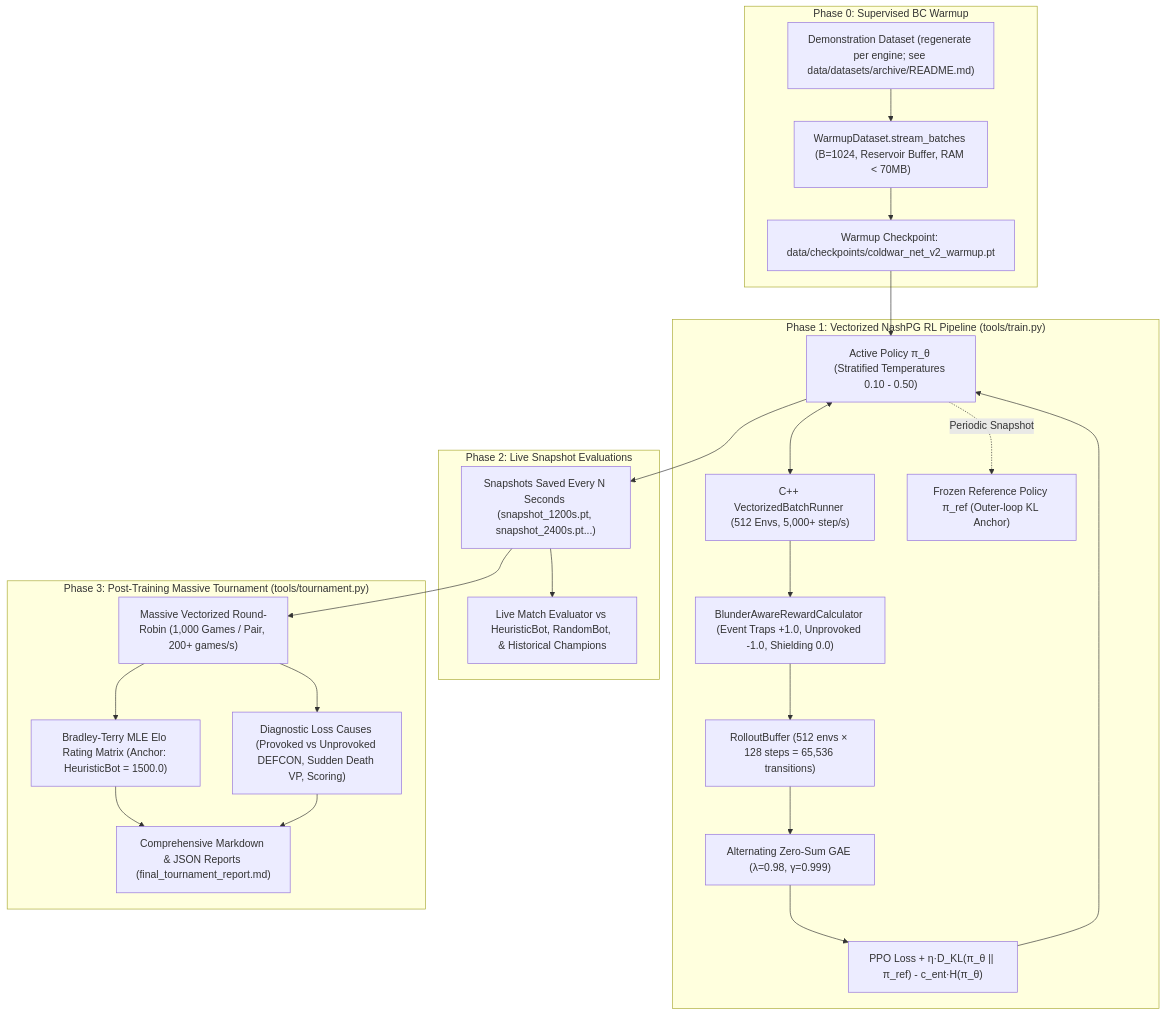
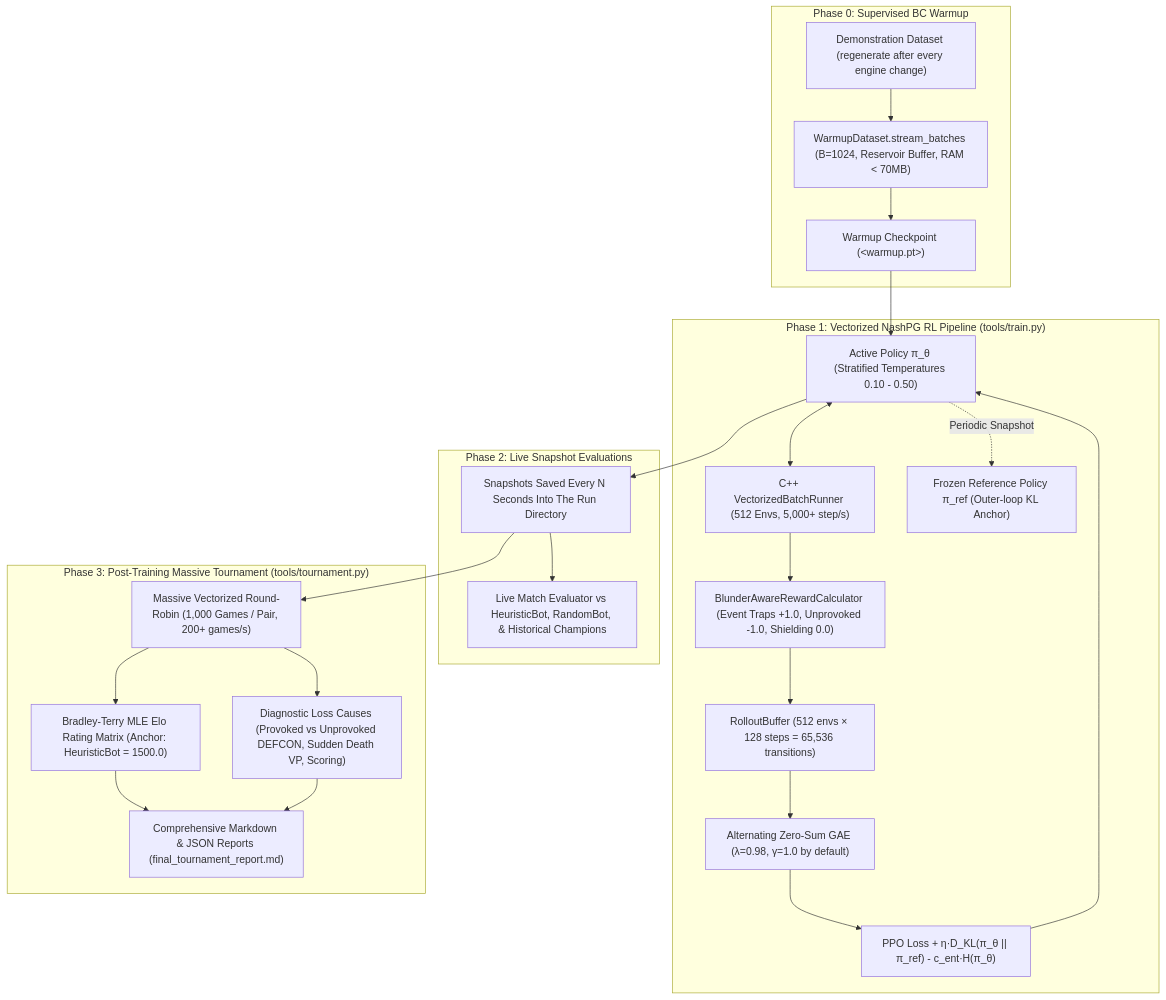
Before and after one commit to mihaild/DeepStruggle: the second of 2 diagrams in AGENTS.md, drawn with Mermaid. The commit also changed other lines of this file and 51 other files, not shown here.

````diff
--- a/AGENTS.md
+++ b/AGENTS.md
@@ -263,41 +262,41 @@
 ```mermaid
 graph TD
     subgraph Phase0 ["Phase 0: Supervised BC Warmup"]
-        Demonstrations["Demonstration Dataset (regenerate per engine; see data/datasets/archive/README.md)"]
+        Demonstrations["Demonstration Dataset (regenerate after every engine change)"]
         Streamer["WarmupDataset.stream_batches (B=1024, Reservoir Buffer, RAM < 70MB)"]
-        WarmupModel["Warmup Checkpoint: data/checkpoints/coldwar_net_v2_warmup.pt"]
+        WarmupModel["Warmup Checkpoint (&lt;warmup.pt&gt;)"]
         Demonstrations --> Streamer --> WarmupModel
     end
 
     subgraph Phase1 ["Phase 1: Vectorized NashPG RL Pipeline (tools/train.py)"]
         VecEnv["C++ VectorizedBatchRunner (512 Envs, 5,000+ step/s)"]
         ActiveNet["Active Policy π_θ (Stratified Temperatures 0.10 - 0.50)"]
         RefNet["Frozen Reference Policy π_ref (Outer-loop KL Anchor)"]
         Rollout["RolloutBuffer (512 envs × 128 steps = 65,536 transitions)"]
         BlunderCalc["BlunderAwareRewardCalculator (Event Traps +1.0, Unprovoked -1.0, Shielding 0.0)"]
-        GAE["Alternating Zero-Sum GAE (λ=0.98, γ=0.999)"]
+        GAE["Alternating Zero-Sum GAE (λ=0.98, γ=1.0 by default)"]
         NashLoss["PPO Loss + η·D_KL(π_θ || π_ref) - c_ent·H(π_θ)"]
 
         WarmupModel --> ActiveNet
         ActiveNet <--> VecEnv
         VecEnv --> BlunderCalc --> Rollout --> GAE --> NashLoss --> ActiveNet
         ActiveNet -.->|Periodic Snapshot| RefNet
     end
 
     subgraph Phase2 ["Phase 2: Live Snapshot Evaluations"]
-        Snapshots["Snapshots Saved Every N Seconds (snapshot_1200s.pt, snapshot_2400s.pt...)"]
+        Snapshots["Snapshots Saved Every N Seconds Into The Run Directory"]
         LiveEval["Live Match Evaluator vs HeuristicBot, RandomBot, & Historical Champions"]
         ActiveNet --> Snapshots --> LiveEval
     end
 
     subgraph Phase3 ["Phase 3: Post-Training Massive Tournament (tools/tournament.py)"]
         RoundRobin["Massive Vectorized Round-Robin (1,000 Games / Pair, 200+ games/s)"]
         EloCalc["Bradley-Terry MLE Elo Rating Matrix (Anchor: HeuristicBot = 1500.0)"]
         Causes["Diagnostic Loss Causes (Provoked vs Unprovoked DEFCON, Sudden Death VP, Scoring)"]
         Reports["Comprehensive Markdown & JSON Reports (final_tournament_report.md)"]
 
         Snapshots --> RoundRobin
         RoundRobin --> EloCalc --> Reports
         RoundRobin --> Causes --> Reports
     end
 ```
````
